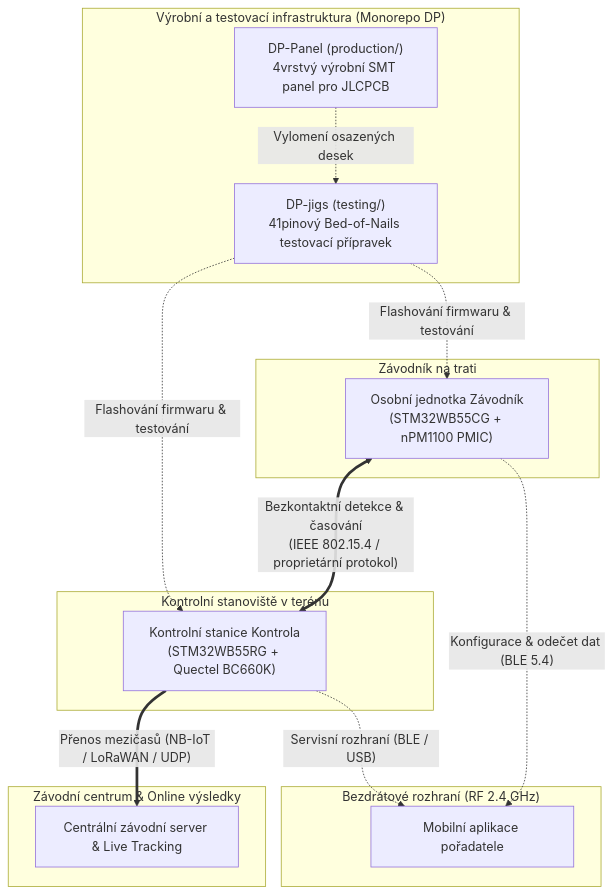
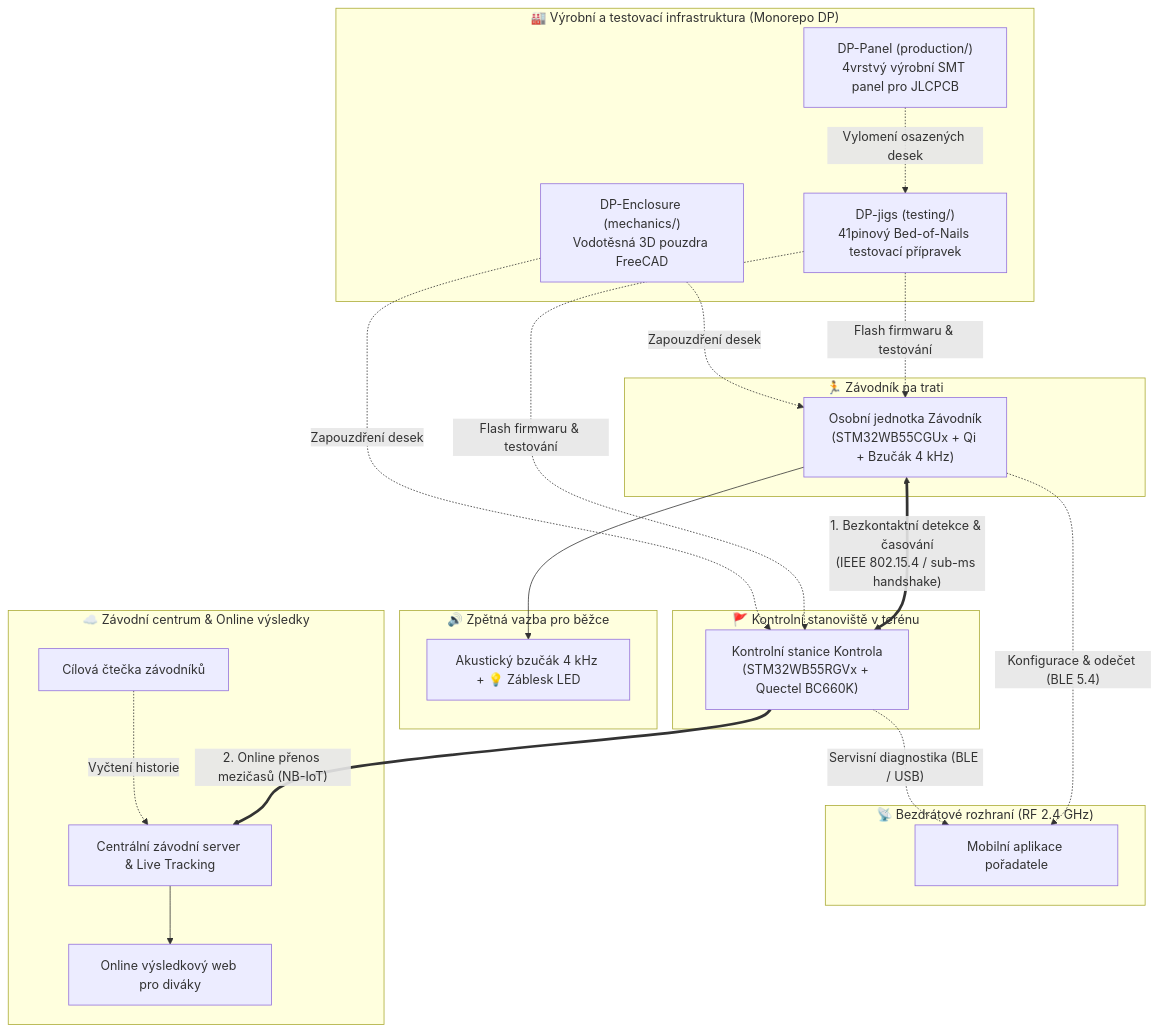
Before and after one commit to nagyjose/master_thesis: the diagram in README.md, drawn with Mermaid. The commit also changed other lines of this file and 118 other files, not shown here.

````diff
--- a/README.md
+++ b/README.md
@@ -22,28 +27,37 @@
 ```mermaid
 flowchart TD
-    subgraph Runner["Závodník na trati"]
-        Z["Osobní jednotka Závodník<br/>(STM32WB55CG + nPM1100 PMIC)"]
+    subgraph Runner["🏃 Závodník na trati"]
+        Z["Osobní jednotka Závodník<br/>(STM32WB55CGUx + Qi + Bzučák 4 kHz)"]
     end
 
-    subgraph Checkpoint["Kontrolní stanoviště v terénu"]
-        K["Kontrolní stanice Kontrola<br/>(STM32WB55RG + Quectel BC660K)"]
+    subgraph Checkpoint["🚩 Kontrolní stanoviště v terénu"]
+        K["Kontrolní stanice Kontrola<br/>(STM32WB55RGVx + Quectel BC660K)"]
     end
 
-    subgraph RF["Bezdrátové rozhraní (RF 2.4 GHz)"]
-        Z <== "Bezkontaktní detekce & časování<br/>(IEEE 802.15.4 / proprietární protokol)" ==> K
-        Z -. "Konfigurace & odečet dat (BLE 5.4)" .-> Mobile["Mobilní aplikace pořadatele"]
-        K -. "Servisní rozhraní (BLE / USB)" .-> Mobile
+    subgraph RF["📡 Bezdrátové rozhraní (RF 2.4 GHz)"]
+        Z <== "1. Bezkontaktní detekce & časování<br/>(IEEE 802.15.4 / sub-ms handshake)" ==> K
+        Z -. "Konfigurace & odečet (BLE 5.4)" .-> Mobile["Mobilní aplikace pořadatele"]
+        K -. "Servisní diagnostika (BLE / USB)" .-> Mobile
     end
 
-    subgraph Cloud["Závodní centrum & Online výsledky"]
-        K == "Přenos mezičasů (NB-IoT / LoRaWAN / UDP)" ==> Server["Centrální závodní server & Live Tracking"]
+    subgraph Feedback["🔊 Zpětná vazba pro běžce"]
+        Z --> BUZZ["Akustický bzučák 4 kHz + 💡 Záblesk LED"]
     end
 
-    subgraph Manufacturing["Výrobní a testovací infrastruktura (Monorepo DP)"]
+    subgraph Cloud["☁️ Závodní centrum & Online výsledky"]
+        K == "2. Online přenos mezičasů (NB-IoT)" ==> Server["Centrální závodní server & Live Tracking"]
+        Server --> LiveWeb["Online výsledkový web pro diváky"]
+        FinishUnit["Cílová čtečka závodníků"] -. "Vyčtení historie" .-> Server
+    end
+
+    subgraph Infrastructure["🏭 Výrobní a testovací infrastruktura (Monorepo DP)"]
         Panel["DP-Panel (production/)<br/>4vrstvý výrobní SMT panel pro JLCPCB"]
         Jig["DP-jigs (testing/)<br/>41pinový Bed-of-Nails testovací přípravek"]
+        Mech["DP-Enclosure (mechanics/)<br/>Vodotěsná 3D pouzdra FreeCAD"]
         Panel -. "Vylomení osazených desek" .-> Jig
-        Jig -. "Flashování firmwaru & testování" .-> K
-        Jig -. "Flashování firmwaru & testování" .-> Z
+        Jig -. "Flash firmwaru & testování" .-> K
+        Jig -. "Flash firmwaru & testování" .-> Z
+        Mech -. "Zapouzdření desek" .-> K
+        Mech -. "Zapouzdření desek" .-> Z
     end
 ```
````
